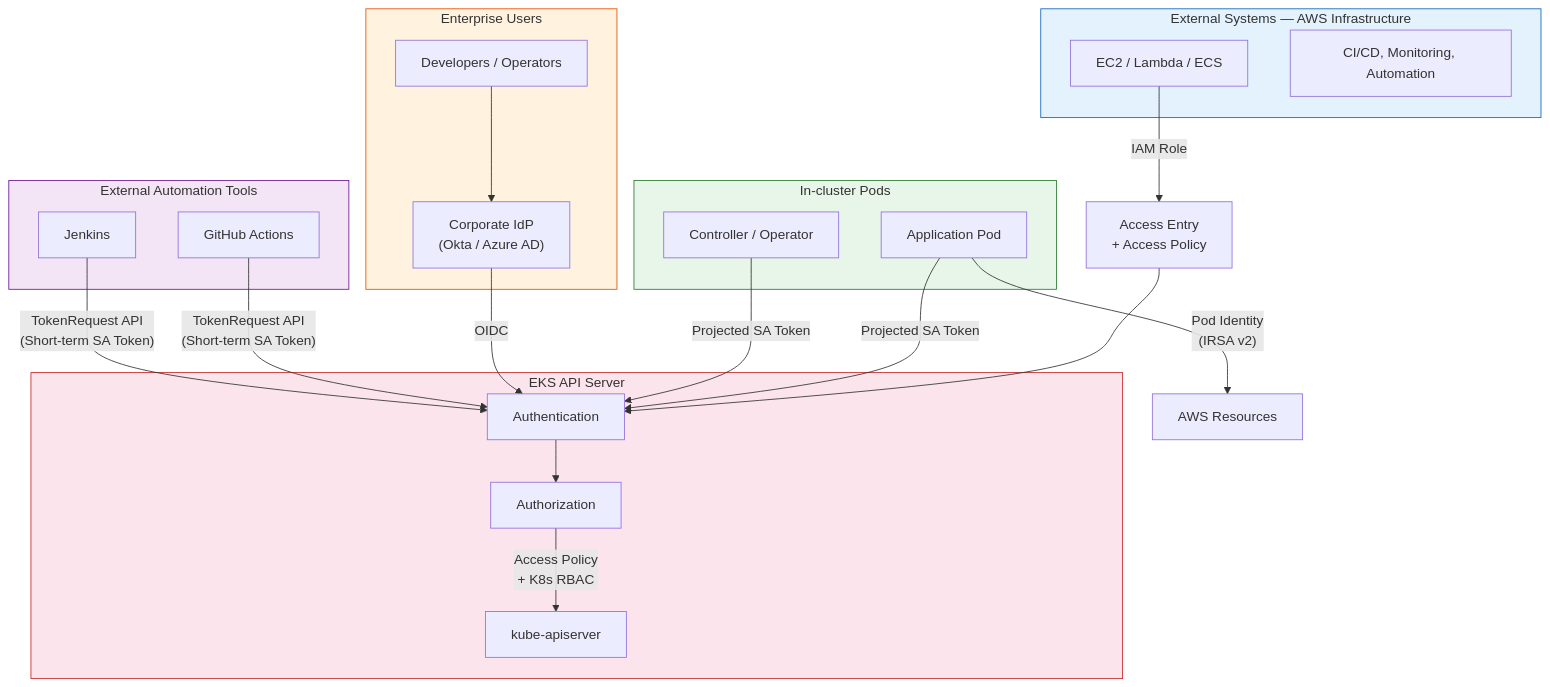
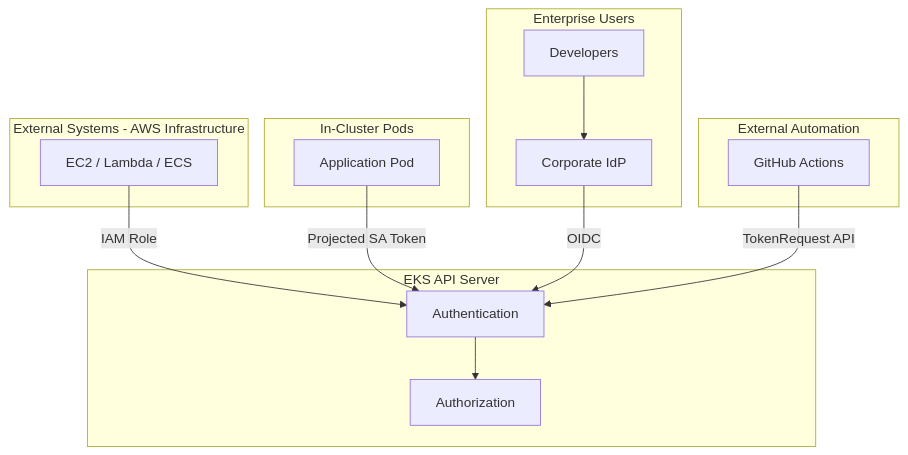
The diagram in i18n/en/docusaurus-plugin-content-docs/current/eks-best-practices/security-authn/eks-api-server-authn-authz.md (devfloor9/engineering-playbook), drawn with Mermaid before and after one commit. The commit also changed other lines of this file and 95 other files, not shown here.

````diff
--- a/i18n/en/docusaurus-plugin-content-docs/current/eks-best-practices/security-authn/eks-api-server-authn-authz.md
+++ b/i18n/en/docusaurus-plugin-content-docs/current/eks-best-practices/security-authn/eks-api-server-authn-authz.md
@@ -318,50 +102,26 @@
 ```mermaid
 flowchart TB
-    subgraph External["External Systems — AWS Infrastructure"]
+    subgraph External["External Systems - AWS Infrastructure"]
         EC2["EC2 / Lambda / ECS"]
-        CICD_EXT["CI/CD, Monitoring, Automation"]
     end
-
-    subgraph Internal["In-cluster Pods"]
+    subgraph Internal["In-Cluster Pods"]
         Pod["Application Pod"]
-        Controller["Controller / Operator"]
     end
-
     subgraph Enterprise["Enterprise Users"]
-        Dev["Developers / Operators"]
-        IdP["Corporate IdP\n(Okta / Azure AD)"]
+        Dev["Developers"]
+        IdP["Corporate IdP"]
     end
-
-    subgraph ExtAuto["External Automation Tools"]
+    subgraph ExtAuto["External Automation"]
         GHA["GitHub Actions"]
-        Jenkins["Jenkins"]
     end
-
     subgraph EKS["EKS API Server"]
         AuthN["Authentication"]
         AuthZ["Authorization"]
-        APIServer["kube-apiserver"]
     end
 
-    EC2 -->|"IAM Role"| AccessEntry["Access Entry\n+ Access Policy"]
-    AccessEntry --> AuthN
-
-    Pod -->|"Pod Identity\n(IRSA v2)"| AWSResources["AWS Resources"]
+    EC2 -->|"IAM Role"| AuthN
     Pod -->|"Projected SA Token"| AuthN
-    Controller -->|"Projected SA Token"| AuthN
-
-    Dev --> IdP
-    IdP -->|"OIDC"| AuthN
-
-    GHA -->|"TokenRequest API\n(Short-term SA Token)"| AuthN
-    Jenkins -->|"TokenRequest API\n(Short-term SA Token)"| AuthN
-
+    Dev --> IdP -->|"OIDC"| AuthN
+    GHA -->|"TokenRequest API"| AuthN
     AuthN --> AuthZ
-    AuthZ -->|"Access Policy\n+ K8s RBAC"| APIServer
-
-    style External fill:#e3f2fd,stroke:#1565c0
-    style Internal fill:#e8f5e9,stroke:#2e7d32
-    style Enterprise fill:#fff3e0,stroke:#e65100
-    style ExtAuto fill:#f3e5f5,stroke:#6a1b9a
-    style EKS fill:#fce4ec,stroke:#c62828
 ```
````
